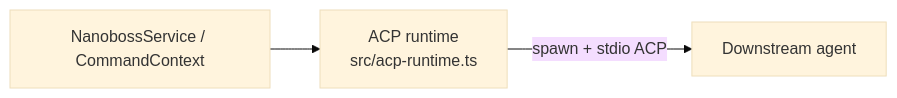
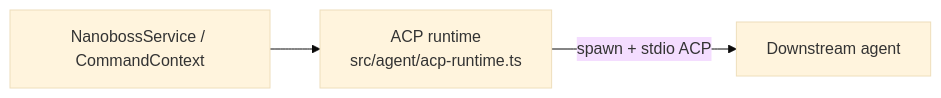
The fourth of 5 diagrams in docs/architecture.md (jflam/nano-agentboss), drawn with Mermaid (base theme) before and after one commit. The commit also changed other lines of this file and 162 other files, not shown here.

Commit message:
Refactor src into architecture-aligned directories

````diff
--- a/docs/architecture.md
+++ b/docs/architecture.md
@@ -155,5 +155,5 @@
 ```mermaid
 flowchart LR
-  Service[NanobossService / CommandContext] --> Runtime[ACP runtime\nsrc/acp-runtime.ts]
+  Service[NanobossService / CommandContext] --> Runtime[ACP runtime\nsrc/agent/acp-runtime.ts]
   Runtime -->|spawn + stdio ACP| Agent[Downstream agent]
 ```
````
